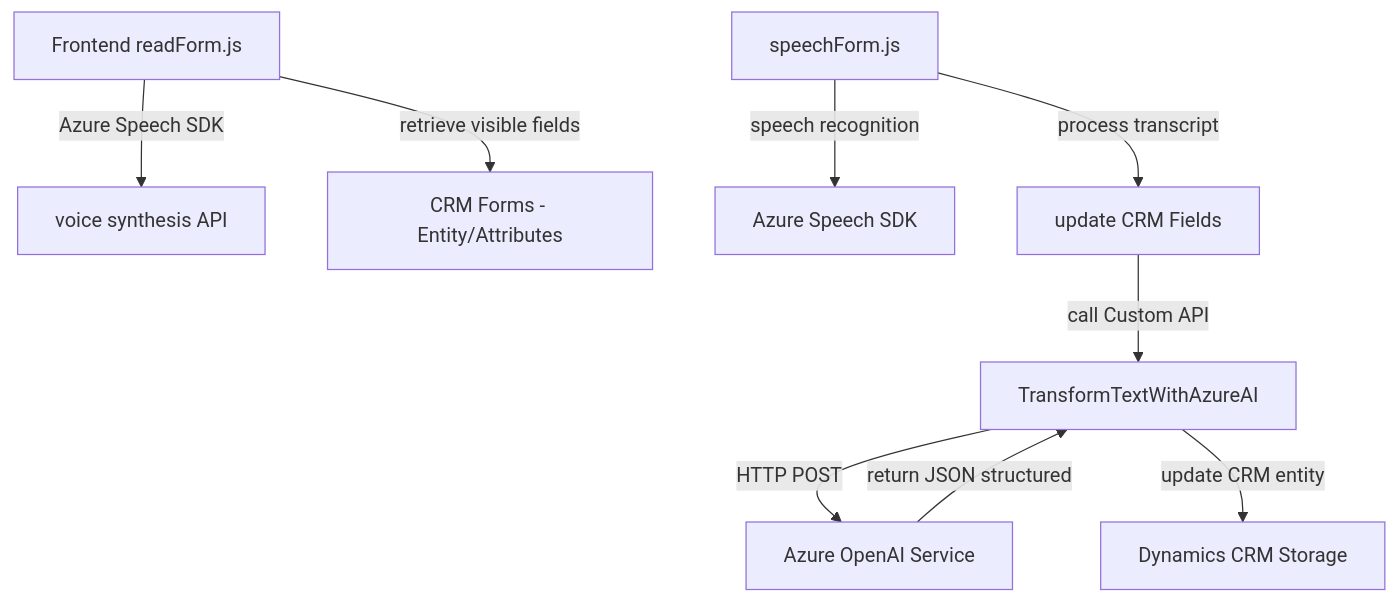
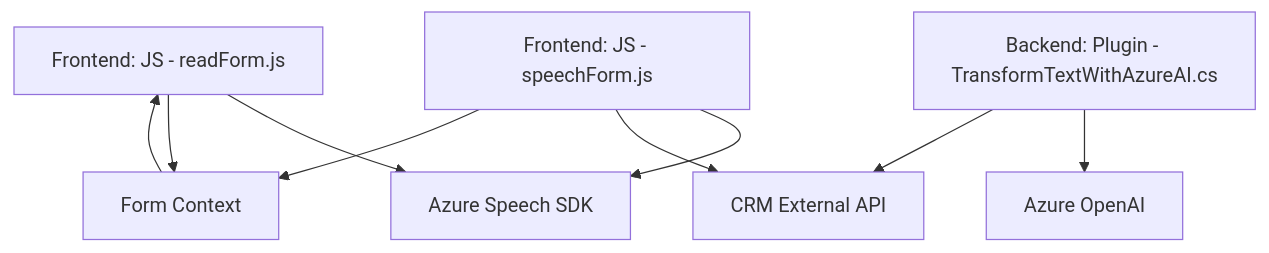
The diagram in README.md (blopezdm/NETCORE_BILBAO2025), drawn with Mermaid before and after one commit. The commit also changed other lines of this file, not shown here.

````diff
--- a/README.md
+++ b/README.md
@@ -61,11 +39,19 @@
 ```mermaid
 graph TD
-  A["Frontend readForm.js"] --Azure Speech SDK--> B["voice synthesis API"]
-  A --retrieve visible fields--> C["CRM Forms - Entity/Attributes"]
-  D["speechForm.js"] --speech recognition--> E["Azure Speech SDK"]
-  D --process transcript--> F["update CRM Fields"]
-  F --call Custom API--> G["TransformTextWithAzureAI (Plugin)"]
-  G["TransformTextWithAzureAI"] --HTTP POST--> H["Azure OpenAI Service"]
-  H --return JSON structured--> G
-  G --update CRM entity--> I["Dynamics CRM Storage"]
+    A["Frontend: JS - readForm.js"]
+    B["Frontend: JS - speechForm.js"]
+    C["Backend: Plugin - TransformTextWithAzureAI.cs"]
+    D["Azure Speech SDK"]
+    E["CRM External API"]
+    F["Form Context"]
+    G["Azure OpenAI"]
+
+    A --> D
+    A --> F
+    B --> D
+    B --> E
+    B --> F
+    C --> G
+    C --> E
+    F --> A
 ```
````
